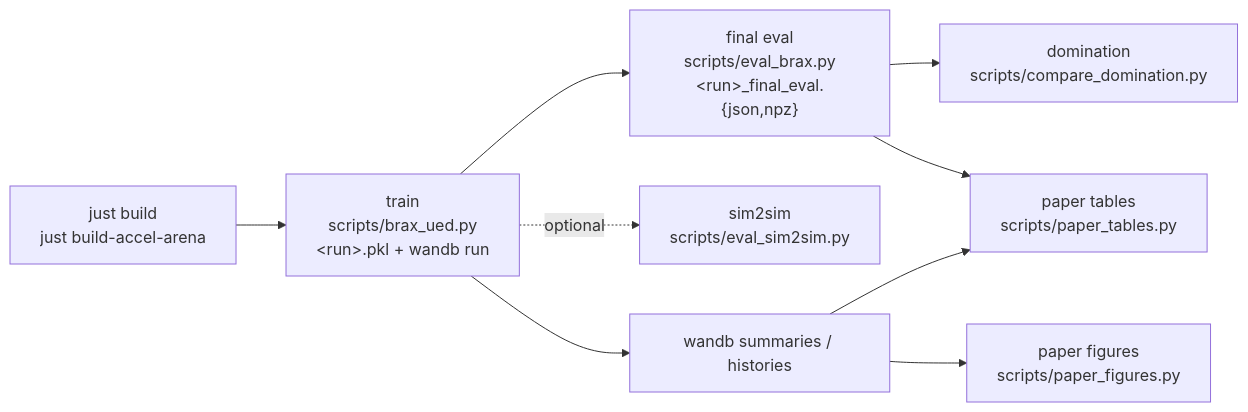
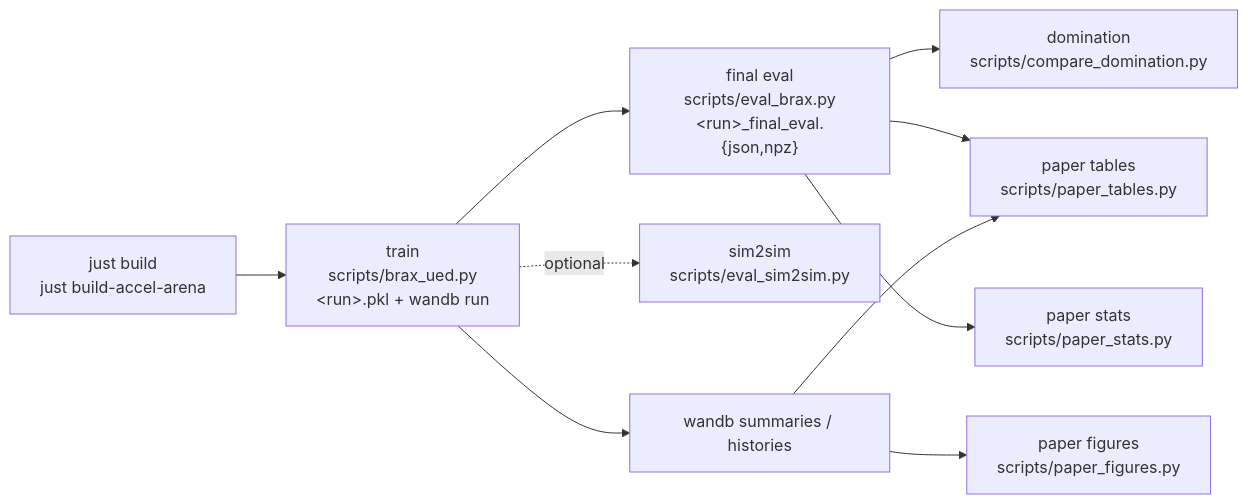
One commit to Solvro/ml-wojtek-ued changed the diagram in docs/overview.md. Above: the diagram before and after it, drawn with Mermaid. The commit also changed 16 other files, not shown here.

First line of the commit message:
Add rliable statistics for the paper (just paper-stats)

````diff
--- a/docs/overview.md
+++ b/docs/overview.md
@@ -12,11 +12,12 @@
 ```mermaid
 flowchart LR
   A["just build<br>just build-accel-arena"] --> T["train<br>scripts/brax_ued.py<br>&lt;run&gt;.pkl + wandb run"]
   T --> E["final eval<br>scripts/eval_brax.py<br>&lt;run&gt;_final_eval.{json,npz}"]
   T -. optional .-> S["sim2sim<br>scripts/eval_sim2sim.py"]
   T --> W["wandb summaries / histories"]
   E --> D["domination<br>scripts/compare_domination.py"]
   E --> P["paper tables<br>scripts/paper_tables.py"]
   W --> P
+  E --> R["paper stats<br>scripts/paper_stats.py"]
   W --> F["paper figures<br>scripts/paper_figures.py"]
 ```
````
